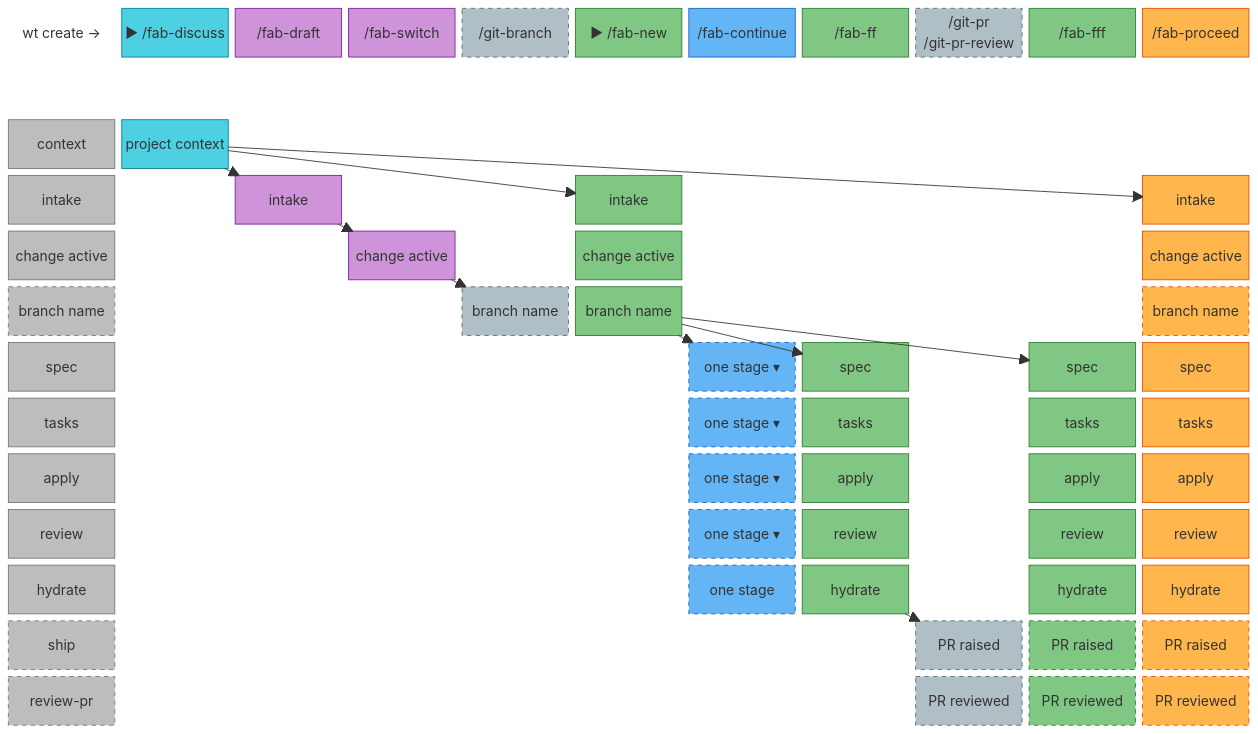
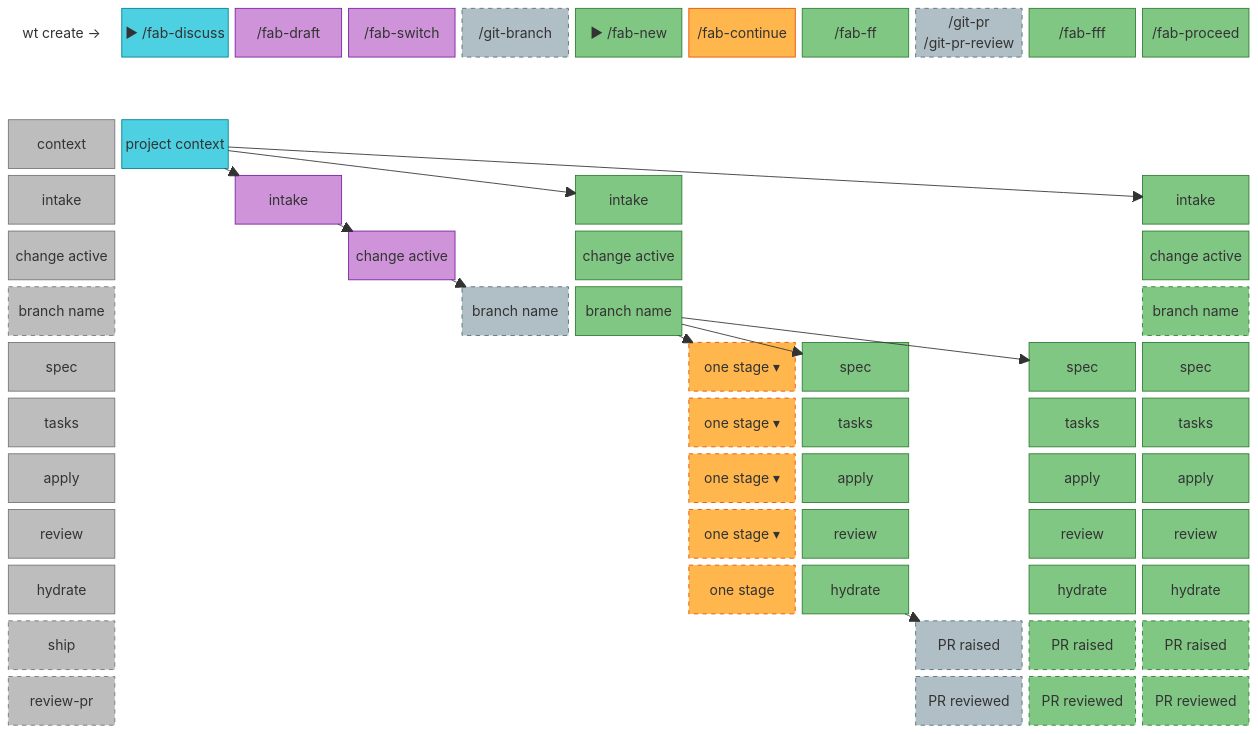
One commit to wvrdz/fab-kit changed the second of 2 diagrams in README.md. Above: the diagram before and after it, drawn with Mermaid. The commit also changed other lines of this file, not shown here.

Commit message:
docs: recolor fab-continue to amber, fab-proceed to green, add legend with entry point marker

````diff
--- a/README.md
+++ b/README.md
@@ -445,11 +454,11 @@
     style hdr_switch fill:#ce93d8,stroke:#7B1FA2,color:#1a1a1a
     style hdr_new fill:#81c784,stroke:#2E7D32,color:#1a1a1a
     style hdr_branch fill:#b0bec5,stroke:#546e7a,color:#1a1a1a,stroke-dasharray: 5 5
-    style hdr_continue fill:#64b5f6,stroke:#1565C0,color:#1a1a1a
+    style hdr_continue fill:#ffb74d,stroke:#E65100,color:#1a1a1a
     style hdr_ff fill:#81c784,stroke:#2E7D32,color:#1a1a1a
     style hdr_gitpr fill:#b0bec5,stroke:#546e7a,color:#1a1a1a,stroke-dasharray: 5 5
     style hdr_fff fill:#81c784,stroke:#2E7D32,color:#1a1a1a
-    style hdr_proceed fill:#ffb74d,stroke:#E65100,color:#1a1a1a
+    style hdr_proceed fill:#81c784,stroke:#2E7D32,color:#1a1a1a
 
     %% Row labels
     style row_ctx fill:#bdbdbd,stroke:#757575,color:#1a1a1a
@@ -481,12 +490,12 @@
     %% git-branch (Git utilities — blue-grey)
     style branch_branch fill:#b0bec5,stroke:#546e7a,color:#1a1a1a,stroke-dasharray: 5 5
 
-    %% fab-continue (Stage advance — blue)
-    style cont_spec fill:#64b5f6,stroke:#1565C0,color:#1a1a1a,stroke-dasharray: 5 5
-    style cont_tasks fill:#64b5f6,stroke:#1565C0,color:#1a1a1a,stroke-dasharray: 5 5
-    style cont_apply fill:#64b5f6,stroke:#1565C0,color:#1a1a1a,stroke-dasharray: 5 5
-    style cont_review fill:#64b5f6,stroke:#1565C0,color:#1a1a1a,stroke-dasharray: 5 5
-    style cont_hydrate fill:#64b5f6,stroke:#1565C0,color:#1a1a1a,stroke-dasharray: 5 5
+    %% fab-continue (Stage advance — amber)
+    style cont_spec fill:#ffb74d,stroke:#E65100,color:#1a1a1a,stroke-dasharray: 5 5
+    style cont_tasks fill:#ffb74d,stroke:#E65100,color:#1a1a1a,stroke-dasharray: 5 5
+    style cont_apply fill:#ffb74d,stroke:#E65100,color:#1a1a1a,stroke-dasharray: 5 5
+    style cont_review fill:#ffb74d,stroke:#E65100,color:#1a1a1a,stroke-dasharray: 5 5
+    style cont_hydrate fill:#ffb74d,stroke:#E65100,color:#1a1a1a,stroke-dasharray: 5 5
 
     %% fab-ff (Automation — green)
     style ff_spec fill:#81c784,stroke:#2E7D32,color:#1a1a1a
@@ -508,15 +517,15 @@
     style fff_ship fill:#81c784,stroke:#2E7D32,color:#1a1a1a,stroke-dasharray: 5 5
     style fff_prreview fill:#81c784,stroke:#2E7D32,color:#1a1a1a,stroke-dasharray: 5 5
 
-    %% fab-proceed (Orchestrator — amber)
-    style proceed_active fill:#ffb74d,stroke:#E65100,color:#1a1a1a
-    style proceed_intake fill:#ffb74d,stroke:#E65100,color:#1a1a1a
-    style proceed_branch fill:#ffb74d,stroke:#E65100,color:#1a1a1a,stroke-dasharray: 5 5
-    style proceed_spec fill:#ffb74d,stroke:#E65100,color:#1a1a1a
-    style proceed_tasks fill:#ffb74d,stroke:#E65100,color:#1a1a1a
-    style proceed_apply fill:#ffb74d,stroke:#E65100,color:#1a1a1a
-    style proceed_review fill:#ffb74d,stroke:#E65100,color:#1a1a1a
-    style proceed_hydrate fill:#ffb74d,stroke:#E65100,color:#1a1a1a
-    style proceed_ship fill:#ffb74d,stroke:#E65100,color:#1a1a1a,stroke-dasharray: 5 5
-    style proceed_prreview fill:#ffb74d,stroke:#E65100,color:#1a1a1a,stroke-dasharray: 5 5
+    %% fab-proceed (Automation — green)
+    style proceed_active fill:#81c784,stroke:#2E7D32,color:#1a1a1a
+    style proceed_intake fill:#81c784,stroke:#2E7D32,color:#1a1a1a
+    style proceed_branch fill:#81c784,stroke:#2E7D32,color:#1a1a1a,stroke-dasharray: 5 5
+    style proceed_spec fill:#81c784,stroke:#2E7D32,color:#1a1a1a
+    style proceed_tasks fill:#81c784,stroke:#2E7D32,color:#1a1a1a
+    style proceed_apply fill:#81c784,stroke:#2E7D32,color:#1a1a1a
+    style proceed_review fill:#81c784,stroke:#2E7D32,color:#1a1a1a
+    style proceed_hydrate fill:#81c784,stroke:#2E7D32,color:#1a1a1a
+    style proceed_ship fill:#81c784,stroke:#2E7D32,color:#1a1a1a,stroke-dasharray: 5 5
+    style proceed_prreview fill:#81c784,stroke:#2E7D32,color:#1a1a1a,stroke-dasharray: 5 5
 ```
````
